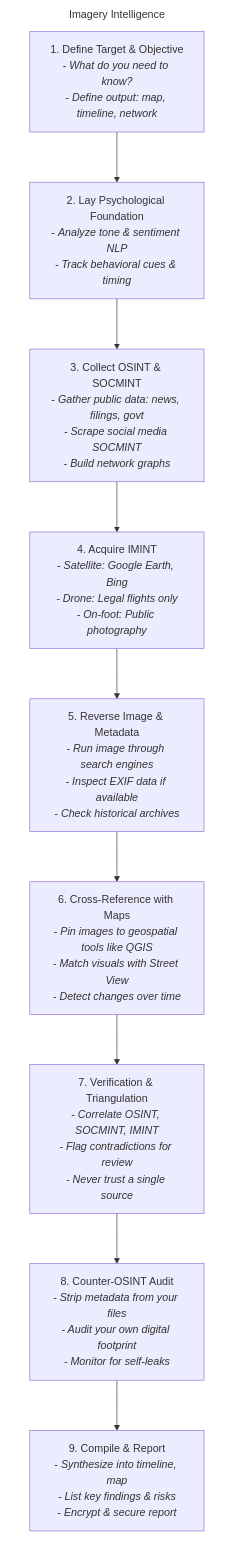
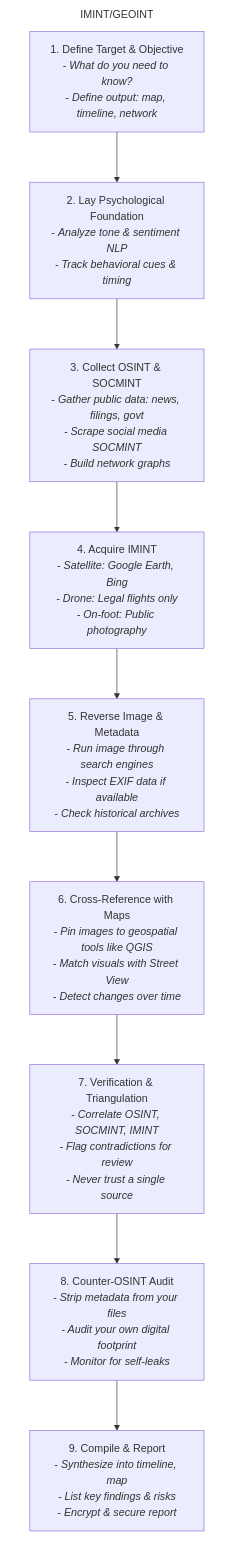
Before and after one commit to airborne-commando/OPSEC-OSINT-Tools: the diagram in markdown/mermaid-data/Recon.md, drawn with Mermaid. The commit also changed 2 other files, not shown here.

````diff
--- a/markdown/mermaid-data/Recon.md
+++ b/markdown/mermaid-data/Recon.md
@@ -2,24 +2,23 @@
 ```mermaid
 flowchart LR
- subgraph subGraph0["Imagery Intelligence"]
+ subgraph subGraph0["IMINT/GEOINT"]
         A["1. Define Target &amp; Objective<br>- <i>What do you need to know?<br>- Define output: map, timeline, network</i>"]
         B["2. Lay Psychological Foundation<br>- <i>Analyze tone &amp; sentiment NLP<br>- Track behavioral cues &amp; timing</i>"]
         C["3. Collect OSINT &amp; SOCMINT<br>- <i>Gather public data: news, filings, govt<br>- Scrape social media SOCMINT<br>- Build network graphs</i>"]
         D["4. Acquire IMINT<br>- <i>Satellite: Google Earth, Bing<br>- Drone: Legal flights only<br>- On-foot: Public photography</i>"]
         E["5. Reverse Image &amp; Metadata<br>- <i>Run image through search engines<br>- Inspect EXIF data if available<br>- Check historical archives</i>"]
         F["6. Cross-Reference with Maps<br>- <i>Pin images to geospatial tools like QGIS<br>- Match visuals with Street View<br>- Detect changes over time</i>"]
         G["7. Verification &amp; Triangulation<br>- <i>Correlate OSINT, SOCMINT, IMINT<br>- Flag contradictions for review<br>- Never trust a single source</i>"]
         H["8. Counter-OSINT Audit<br>- <i>Strip metadata from your files<br>- Audit your own digital footprint<br>- Monitor for self-leaks</i>"]
         I["9. Compile &amp; Report<br>- <i>Synthesize into timeline, map<br>- List key findings &amp; risks<br>- Encrypt &amp; secure report</i>"]
   end
     A --> B
     B --> C
     C --> D
     D --> E
     E --> F
     F --> G
     G --> H
     H --> I
-
     style subGraph0 fill:transparent,stroke:none
 ```
````
